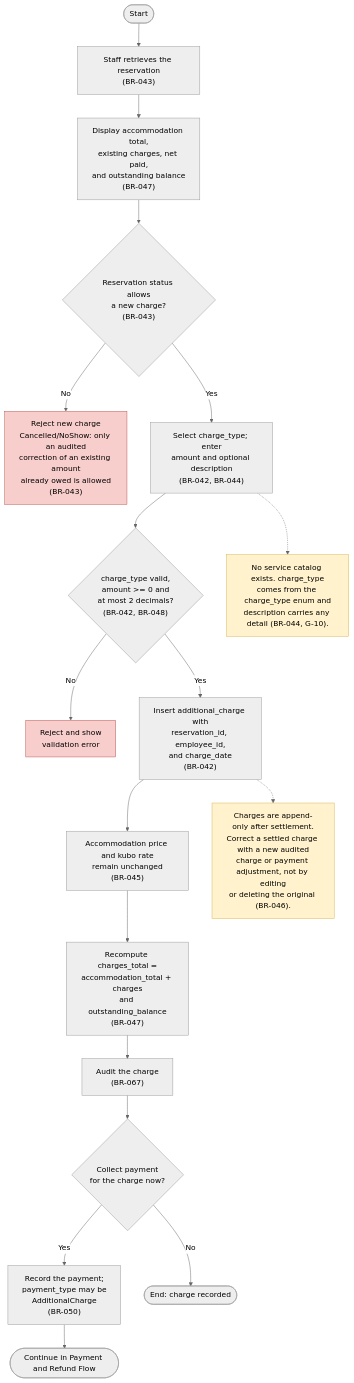
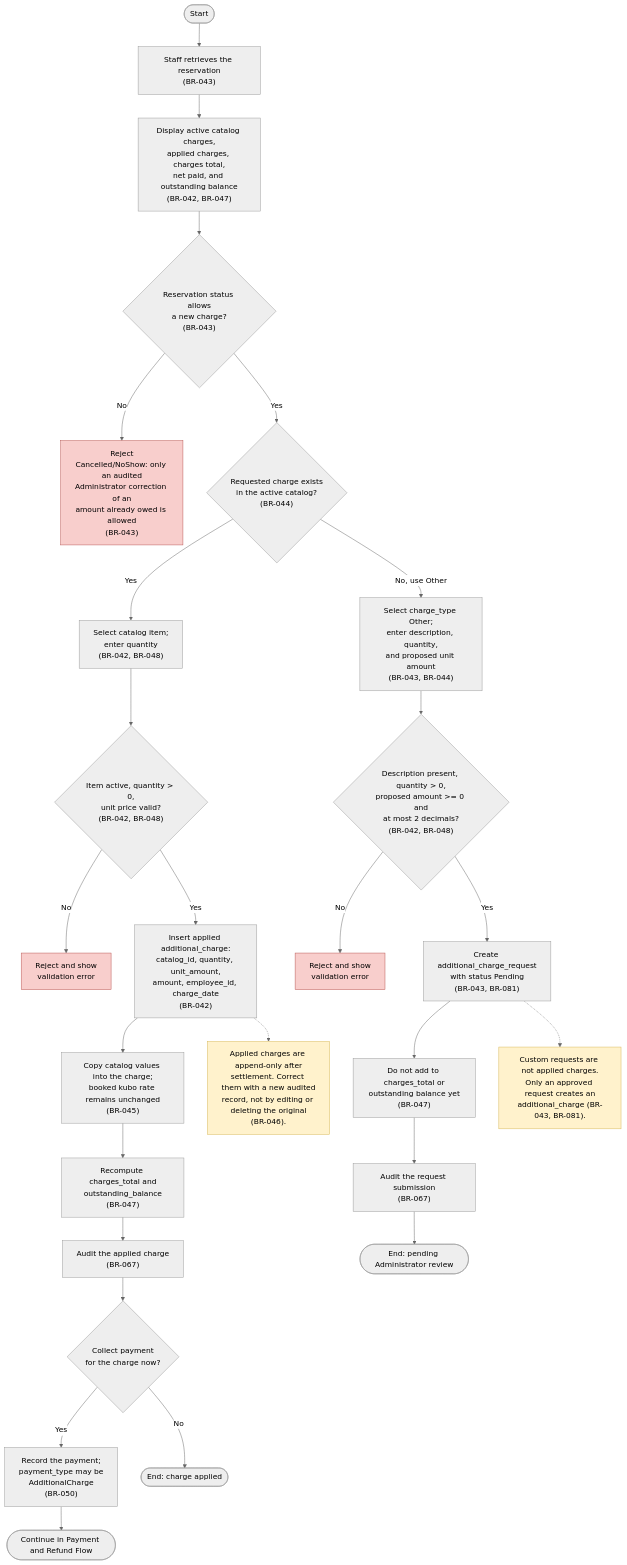
One commit to EirAndrie/KUBO_ReservationManagementSystem changed the eighth of 15 diagrams in docs/system_flowcharts.md. Above: the diagram before and after it, drawn with Mermaid (neutral theme). The commit also changed other lines of this file and 12 other files, not shown here.

````diff
--- a/docs/system_flowcharts.md
+++ b/docs/system_flowcharts.md
@@ -327,26 +326,37 @@
 ```mermaid
 flowchart TD
     S([Start]) --> P1["Staff retrieves the reservation<br/>(BR-043)"]
-    P1 --> P2["Display accommodation total,<br/>existing charges, net paid,<br/>and outstanding balance<br/>(BR-047)"]
+    P1 --> P2["Display active catalog charges,<br/>applied charges, charges total,<br/>net paid, and outstanding balance<br/>(BR-042, BR-047)"]
     P2 --> D1{"Reservation status allows<br/>a new charge?<br/>(BR-043)"}
-    D1 -->|No| E1["Reject new charge<br/>Cancelled/NoShow: only an audited<br/>correction of an existing amount<br/>already owed is allowed<br/>(BR-043)"]
-    D1 -->|Yes| P3["Select charge_type; enter<br/>amount and optional description<br/>(BR-042, BR-044)"]
-    P3 --> D2{"charge_type valid,<br/>amount >= 0 and<br/>at most 2 decimals?<br/>(BR-042, BR-048)"}
-    D2 -->|No| E2["Reject and show<br/>validation error"]
-    D2 -->|Yes| P4["Insert additional_charge with<br/>reservation_id, employee_id,<br/>and charge_date<br/>(BR-042)"]
-    P4 --> P5["Accommodation price and kubo rate<br/>remain unchanged<br/>(BR-045)"]
-    P5 --> P6["Recompute charges_total =<br/>accommodation_total + charges<br/>and outstanding_balance<br/>(BR-047)"]
-    P6 --> P7["Audit the charge<br/>(BR-067)"]
-    P7 --> D3{"Collect payment<br/>for the charge now?"}
-    D3 -->|Yes| P8["Record the payment;<br/>payment_type may be<br/>AdditionalCharge<br/>(BR-050)"]
-    D3 -->|No| E3([End: charge recorded])
-    P8 --> E4([Continue in Payment and Refund Flow])
+    D1 -->|No| E1["Reject<br/>Cancelled/NoShow: only an audited<br/>Administrator correction of an<br/>amount already owed is allowed<br/>(BR-043)"]
+    D1 -->|Yes| D2{"Requested charge exists<br/>in the active catalog?<br/>(BR-044)"}
 
-    P4 -.-> N1["Charges are append-only after settlement.<br/>Correct a settled charge with a new audited<br/>charge or payment adjustment, not by editing<br/>or deleting the original (BR-046)."]
-    P3 -.-> N2["No service catalog exists. charge_type<br/>comes from the charge_type enum and<br/>description carries any detail (BR-044, G-10)."]
+    D2 -->|Yes| C1["Select catalog item;<br/>enter quantity<br/>(BR-042, BR-048)"]
+    C1 --> V1{"Item active, quantity > 0,<br/>unit price valid?<br/>(BR-042, BR-048)"}
+    V1 -->|No| E2["Reject and show<br/>validation error"]
+    V1 -->|Yes| C2["Insert applied additional_charge:<br/>catalog_id, quantity, unit_amount,<br/>amount, employee_id, charge_date<br/>(BR-042)"]
+    C2 --> P3["Copy catalog values into the charge;<br/>booked kubo rate remains unchanged<br/>(BR-045)"]
+    P3 --> P4["Recompute charges_total and<br/>outstanding_balance<br/>(BR-047)"]
+    P4 --> P5["Audit the applied charge<br/>(BR-067)"]
+    P5 --> D3{"Collect payment<br/>for the charge now?"}
+    D3 -->|Yes| P6["Record the payment;<br/>payment_type may be<br/>AdditionalCharge<br/>(BR-050)"]
+    D3 -->|No| E3([End: charge applied])
+    P6 --> E4([Continue in Payment and Refund Flow])
+
+    D2 -->|No, use Other| R1["Select charge_type Other;<br/>enter description, quantity,<br/>and proposed unit amount<br/>(BR-043, BR-044)"]
+    R1 --> V2{"Description present, quantity > 0,<br/>proposed amount >= 0 and<br/>at most 2 decimals?<br/>(BR-042, BR-048)"}
+    V2 -->|No| E5["Reject and show<br/>validation error"]
+    V2 -->|Yes| R2["Create additional_charge_request<br/>with status Pending<br/>(BR-043, BR-081)"]
+    R2 --> P7["Do not add to charges_total or<br/>outstanding balance yet<br/>(BR-047)"]
+    P7 --> P8["Audit the request submission<br/>(BR-067)"]
+    P8 --> E6([End: pending Administrator review])
+
+    C2 -.-> N1["Applied charges are append-only after<br/>settlement. Correct them with a new audited<br/>record, not by editing or deleting the original<br/>(BR-046)."]
+    R2 -.-> N2["Custom requests are not applied charges.<br/>Only an approved request creates an<br/>additional_charge (BR-043, BR-081)."]
 
     style E1 fill:#f8cecc,stroke:#b85450
     style E2 fill:#f8cecc,stroke:#b85450
+    style E5 fill:#f8cecc,stroke:#b85450
     style N1 fill:#fff2cc,stroke:#d6b656
     style N2 fill:#fff2cc,stroke:#d6b656
 ```
````
